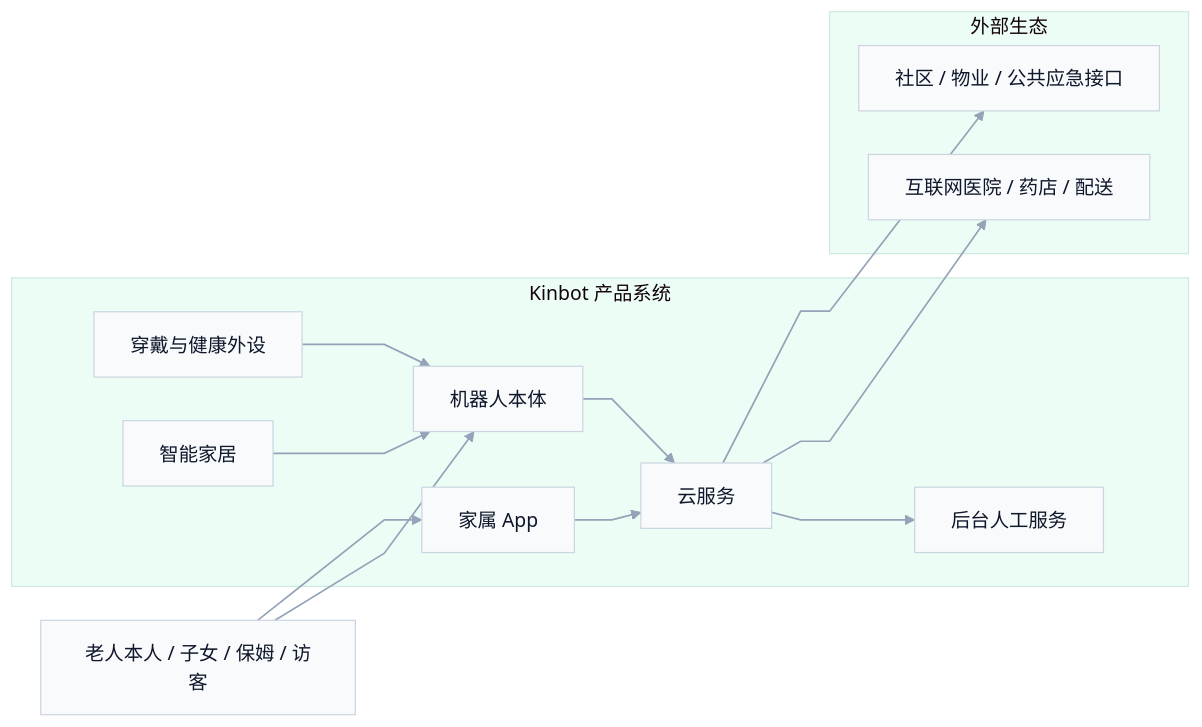
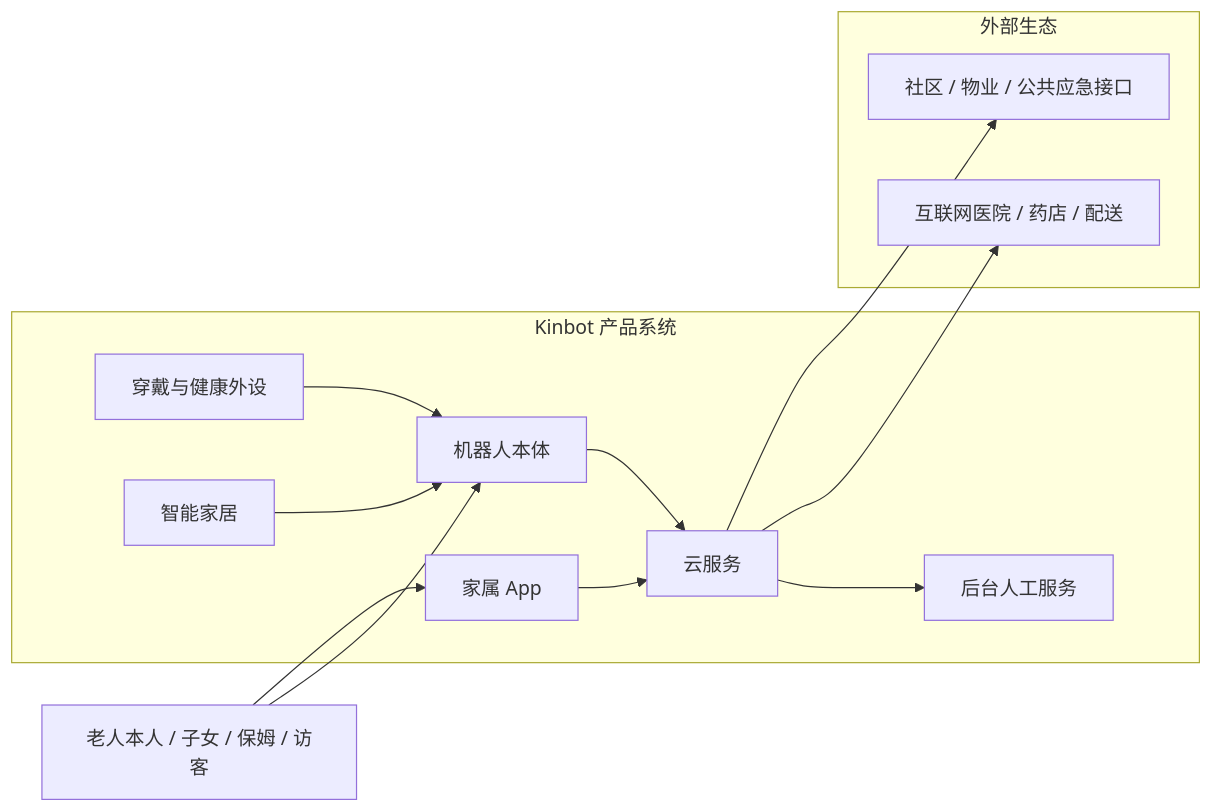
Before and after one commit to hlm12348765/Kinbot_OODA: the first of 7 diagrams in docs/02_p1_architecture/02_pdcp_system_architecture_review_package.md, drawn with Mermaid. The commit also changed other lines of this file and 2 other files, not shown here.

````diff
--- a/docs/02_p1_architecture/02_pdcp_system_architecture_review_package.md
+++ b/docs/02_p1_architecture/02_pdcp_system_architecture_review_package.md
@@ -73,35 +73,28 @@
 ```mermaid
-%%{init: {'theme':'base','themeVariables':{'background':'#FFFFFF','primaryColor':'#F8FAFC','primaryTextColor':'#0F172A','primaryBorderColor':'#CBD5E1','lineColor':'#94A3B8','secondaryColor':'#EEF2FF','tertiaryColor':'#ECFDF5','fontFamily':'PingFang SC, Microsoft YaHei, Inter, sans-serif'},'flowchart':{'curve':'linear','nodeSpacing':36,'rankSpacing':48,'diagramPadding':8,'htmlLabels':true}}}%%
 flowchart LR
     U[老人本人 / 子女 / 保姆 / 访客]
 
     subgraph PS[Kinbot 产品系统]
         R[机器人本体]
         W[穿戴与健康外设]
         A[家属 App]
         C[云服务]
         O[后台人工服务]
         H[智能家居]
     end
 
     subgraph EX[外部生态]
         M[互联网医院 / 药店 / 配送]
         P[社区 / 物业 / 公共应急接口]
     end
 
     U --> R
     U --> A
     W --> R
     H --> R
     R --> C
     A --> C
     C --> O
     C --> M
     C --> P
-    
-    classDef core fill:#EEF2FF,stroke:#6366F1,color:#0F172A,stroke-width:1.4px;
-    classDef mgmt fill:#F8FAFC,stroke:#64748B,color:#0F172A,stroke-width:1.2px;
-    classDef eng fill:#ECFDF5,stroke:#10B981,color:#0F172A,stroke-width:1.2px;
-    classDef result fill:#FFF7ED,stroke:#F59E0B,color:#0F172A,stroke-width:1.3px;
-    linkStyle default stroke:#94A3B8,stroke-width:1.4px;
 ```
````
